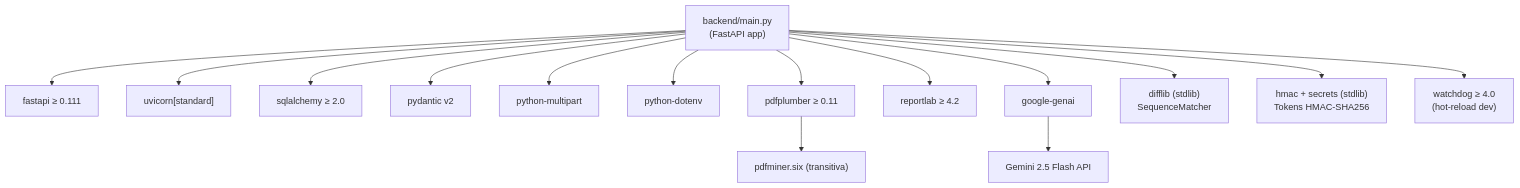
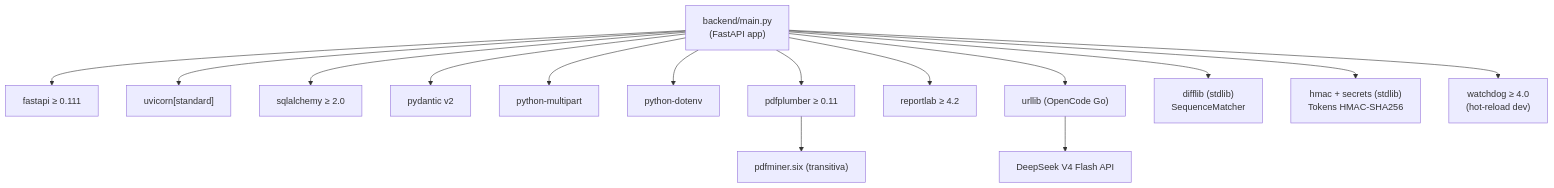
Before and after one commit to yosuSALA/Final-reto: the second of 3 diagrams in docs/diagramas/diagrama_stack.md, drawn with Mermaid. The commit also changed other lines of this file and 46 other files, not shown here.

Commit message:
Demo final: arranque portable, generador manual/auto, auditoria IA DeepSeek, guia paso a paso corregida, docs actualizados

````diff
--- a/docs/diagramas/diagrama_stack.md
+++ b/docs/diagramas/diagrama_stack.md
@@ -49,22 +49,22 @@
 ```mermaid
 graph TD
     APP["backend/main.py\n(FastAPI app)"]
 
     APP --> FASTAPI["fastapi ≥ 0.111"]
     APP --> UVICORN["uvicorn[standard]"]
     APP --> SQLALCHEMY["sqlalchemy ≥ 2.0"]
     APP --> PYDANTIC["pydantic v2"]
     APP --> MULTIPART["python-multipart"]
     APP --> DOTENV["python-dotenv"]
 
     APP --> PDFPLUMBER["pdfplumber ≥ 0.11"]
     PDFPLUMBER --> PDFMINER["pdfminer.six (transitiva)"]
 
     APP --> REPORTLAB["reportlab ≥ 4.2"]
-    APP --> GOOGLEAI["google-genai"]
-    GOOGLEAI --> GEMINI["Gemini 2.5 Flash API"]
+    APP --> OPENCODEGO["urllib (OpenCode Go)"]
+    OPENCODEGO --> DEEPSEEK["DeepSeek V4 Flash API"]
 
     APP --> DIFFLIB["difflib (stdlib)\nSequenceMatcher"]
     APP --> HMAC["hmac + secrets (stdlib)\nTokens HMAC-SHA256"]
     APP --> WATCHDOG["watchdog ≥ 4.0\n(hot-reload dev)"]
 ```
````
